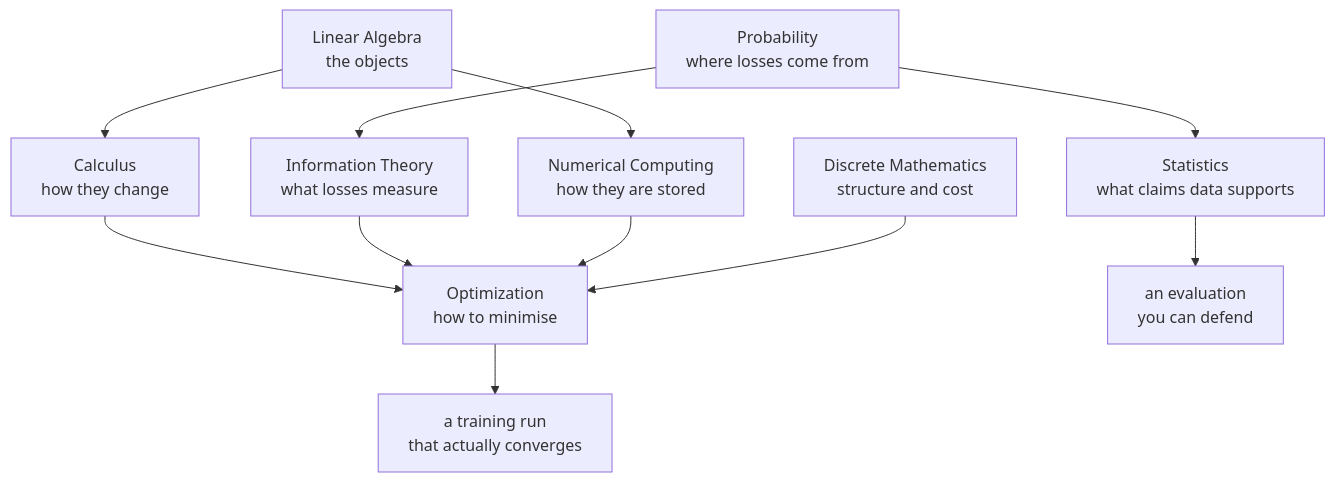
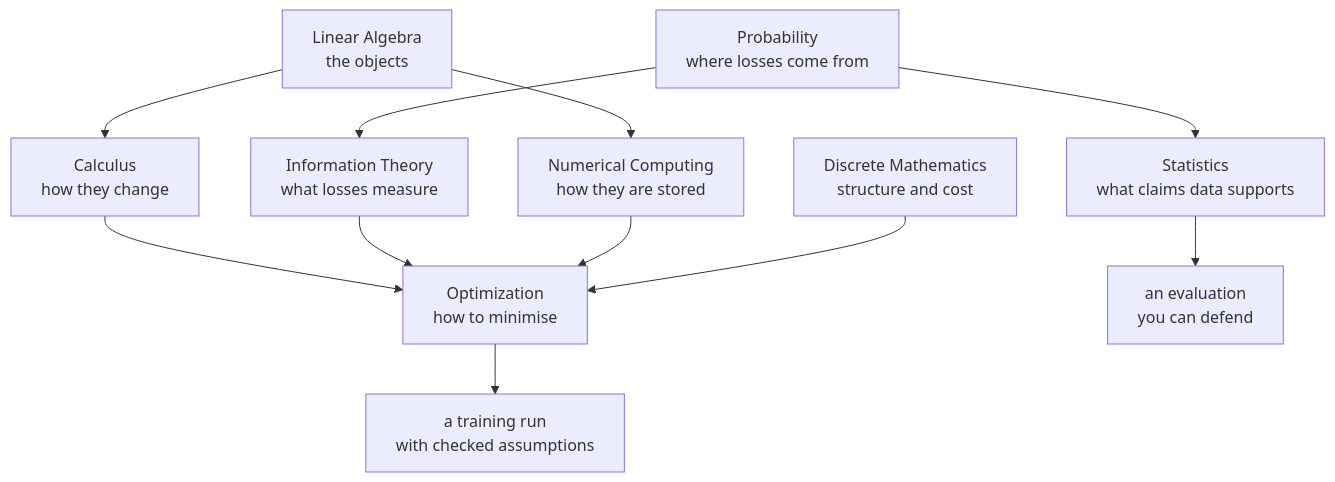
Before and after one commit to alliedbrother/ml-interview-notes: the diagram in content/notes/math.md, drawn with Mermaid. The commit also changed other lines of this file and 217 other files, not shown here.

````diff
--- a/content/notes/math.md
+++ b/content/notes/math.md
@@ -34,13 +42,13 @@
 ```mermaid
 flowchart TD
     LA["Linear Algebra<br/>the objects"] --> CA["Calculus<br/>how they change"]
     LA --> NM["Numerical Computing<br/>how they are stored"]
     PR["Probability<br/>where losses come from"] --> IT["Information Theory<br/>what losses measure"]
     PR --> ST["Statistics<br/>what claims data supports"]
     CA --> OP["Optimization<br/>how to minimise"]
     IT --> OP
     NM --> OP
     DM["Discrete Mathematics<br/>structure and cost"] --> OP
-    OP --> TR["a training run<br/>that actually converges"]
+    OP --> TR["a training run<br/>with checked assumptions"]
     ST --> EV["an evaluation<br/>you can defend"]
 ```
````
